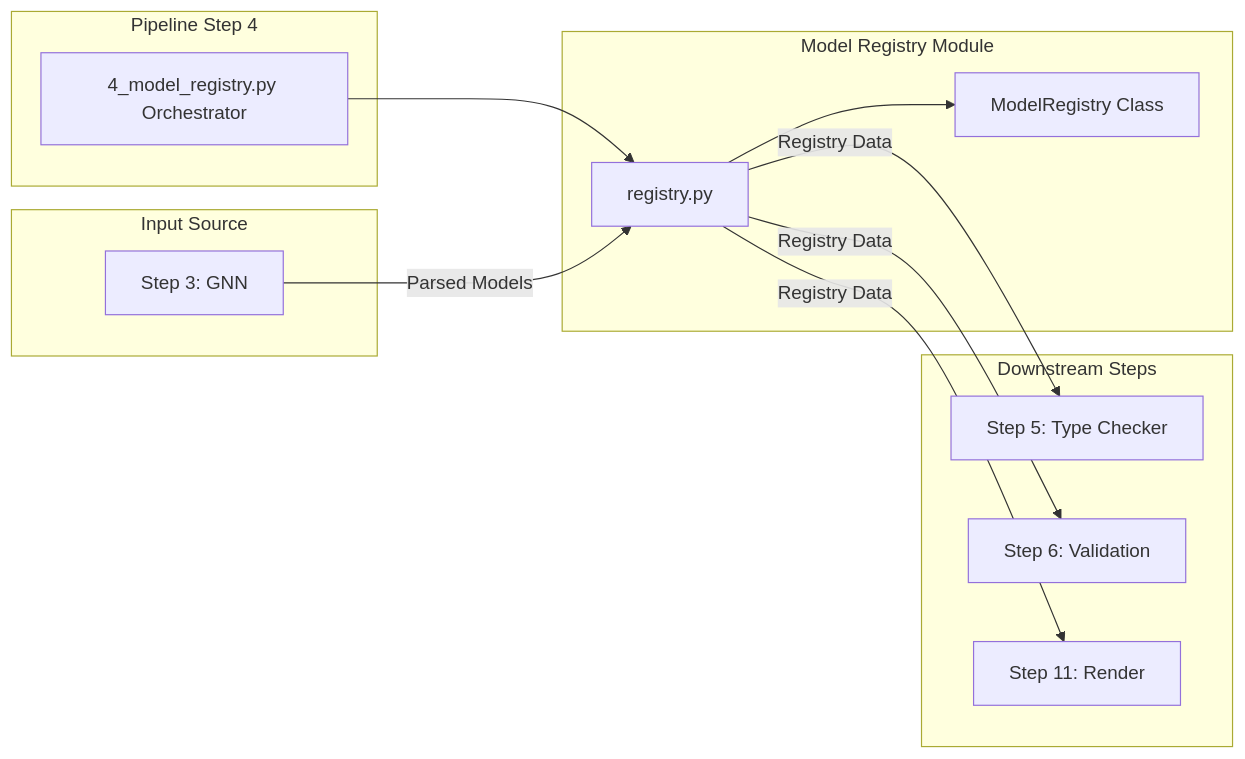
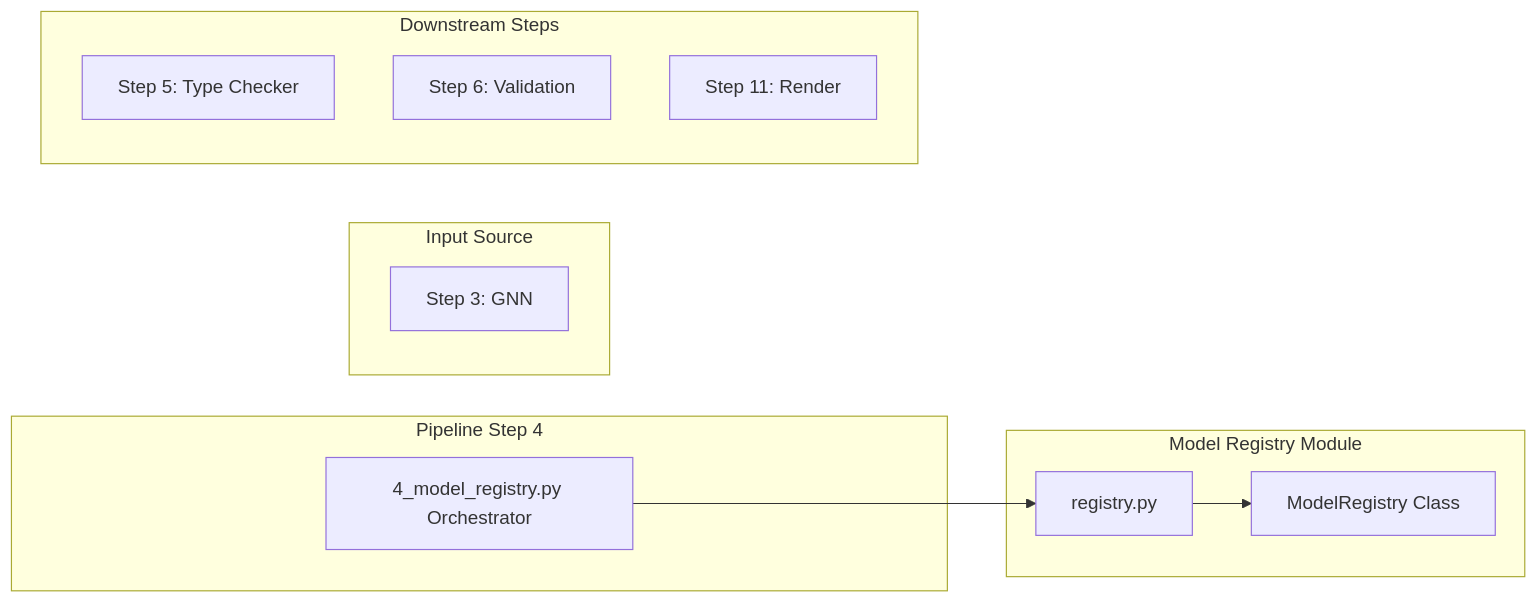
Before and after one commit to ActiveInferenceInstitute/GeneralizedNotationNotation: the second of 2 diagrams in src/gnn/model_registry/README.md, drawn with Mermaid. The commit also changed 29 other files, not shown here.

First line of the commit message:
docs: correct pipeline data-dependency graphs to runtime artifact flow

````diff
--- a/src/gnn/model_registry/README.md
+++ b/src/gnn/model_registry/README.md
@@ -60,30 +60,26 @@
 ```mermaid
 flowchart LR
     subgraph "Pipeline Step 4"
         Step4[4_model_registry.py Orchestrator]
     end
     
     subgraph "Model Registry Module"
         Processor[registry.py]
         Registry[ModelRegistry Class]
     end
     
     subgraph "Input Source"
         Step3[Step 3: GNN]
     end
     
     subgraph "Downstream Steps"
         Step5[Step 5: Type Checker]
         Step6[Step 6: Validation]
         Step11[Step 11: Render]
     end
     
     Step4 --> Processor
     Processor --> Registry
     
-    Step3 -->|Parsed Models| Processor
     
-    Processor -->|Registry Data| Step5
-    Processor -->|Registry Data| Step6
-    Processor -->|Registry Data| Step11
 ```
````
